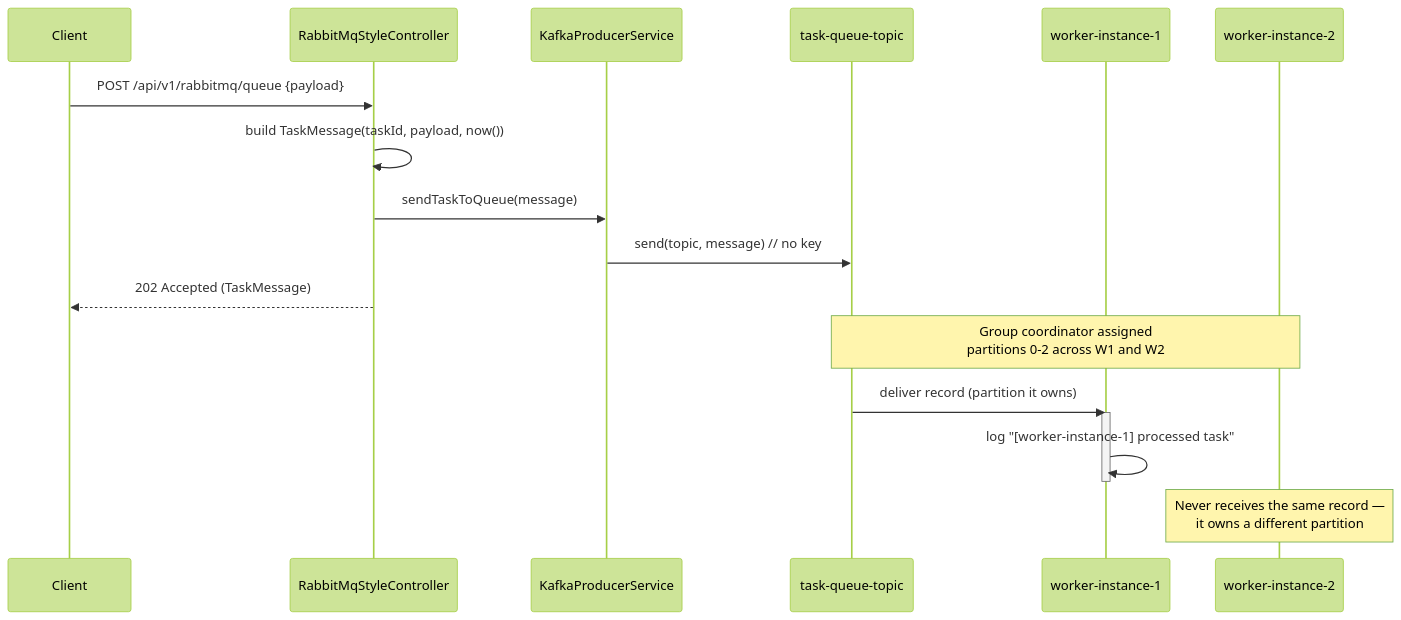
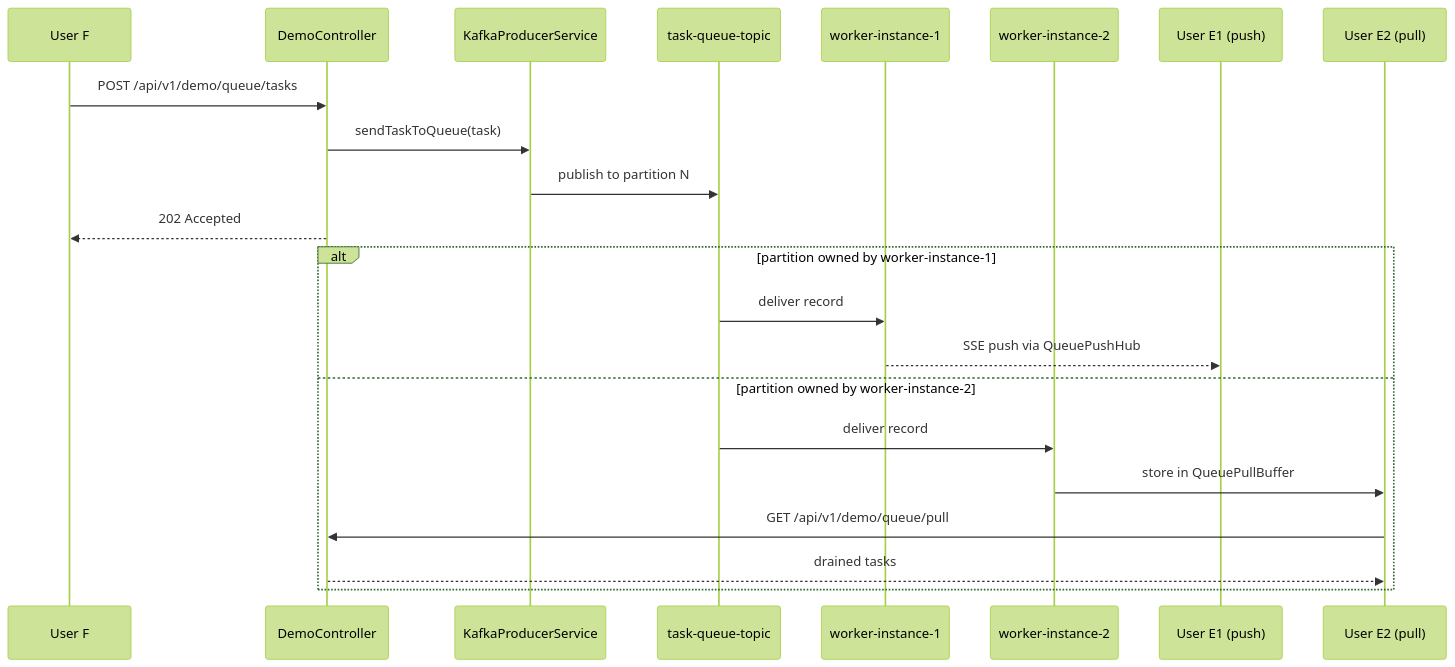
The third of 7 diagrams in docs/ARCHITECTURE.md (manydogs23/Kafka), drawn with Mermaid (forest theme) before and after one commit. The commit also changed other lines of this file and 21 other files, not shown here.

````diff
--- a/docs/ARCHITECTURE.md
+++ b/docs/ARCHITECTURE.md
@@ -108,23 +144,26 @@
 ```mermaid
 sequenceDiagram
-    participant C as Client
-    participant Ctrl as RabbitMqStyleController
+    participant F as User F
+    participant Demo as DemoController
     participant P as KafkaProducerService
     participant K as task-queue-topic
     participant W1 as worker-instance-1
     participant W2 as worker-instance-2
+    participant E1 as User E1 (push)
+    participant E2 as User E2 (pull)
 
-    C->>Ctrl: POST /api/v1/rabbitmq/queue {payload}
-    Ctrl->>Ctrl: build TaskMessage(taskId, payload, now())
-    Ctrl->>P: sendTaskToQueue(message)
-    P->>K: send(topic, message)  // no key
-    Ctrl-->>C: 202 Accepted (TaskMessage)
+    F->>Demo: POST /api/v1/demo/queue/tasks
+    Demo->>P: sendTaskToQueue(task)
+    P->>K: publish to partition N
+    Demo-->>F: 202 Accepted
 
-    Note over K,W2: Group coordinator assigned<br/>partitions 0-2 across W1 and W2
-    K->>W1: deliver record (partition it owns)
-    activate W1
-    W1->>W1: log "[worker-instance-1] processed task"
-    deactivate W1
-
-    Note over W2: Never receives the same record —<br/>it owns a different partition
+    alt partition owned by worker-instance-1
+        K->>W1: deliver record
+        W1-->>E1: SSE push via QueuePushHub
+    else partition owned by worker-instance-2
+        K->>W2: deliver record
+        W2->>E2: store in QueuePullBuffer
+        E2->>Demo: GET /api/v1/demo/queue/pull
+        Demo-->>E2: drained tasks
+    end
 ```
````
